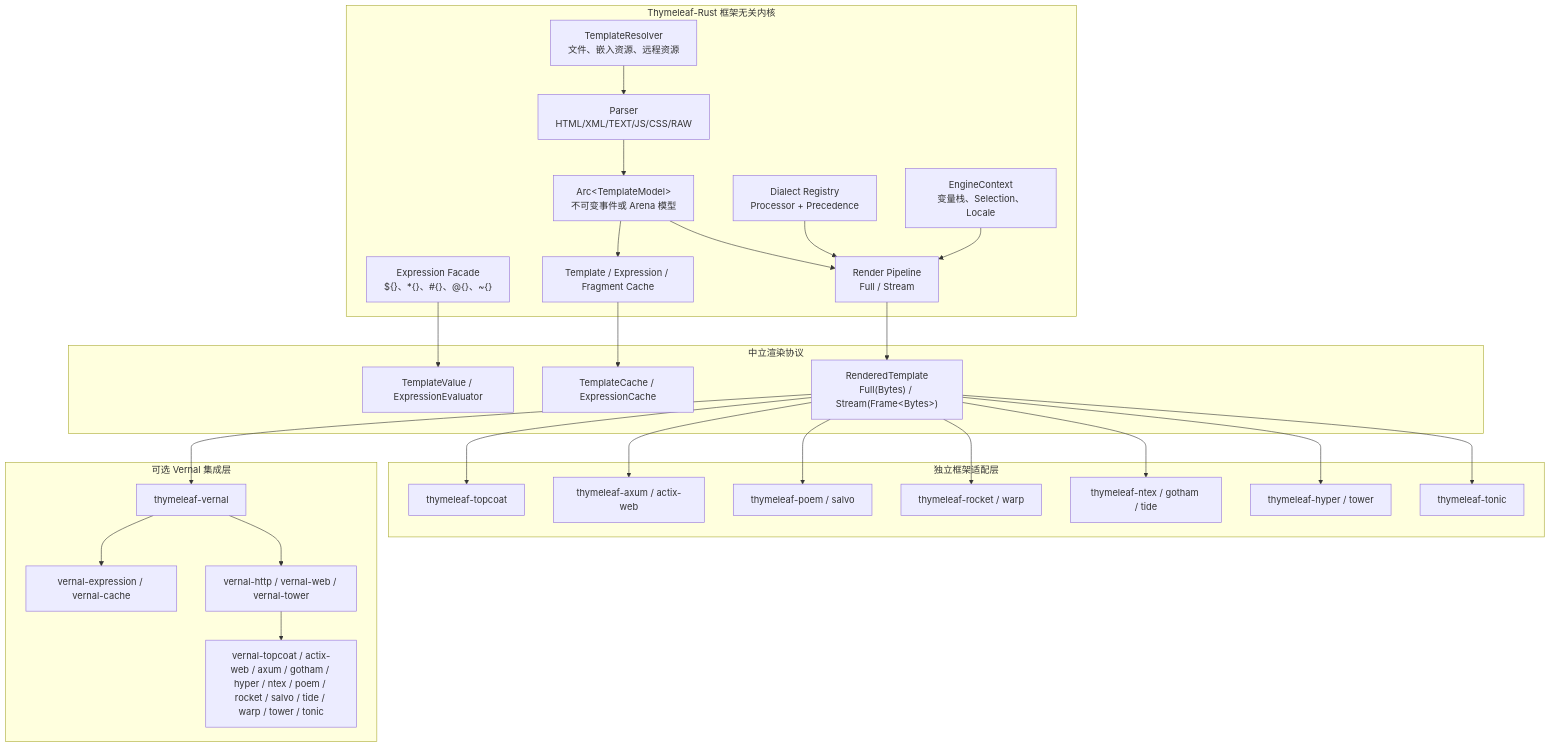
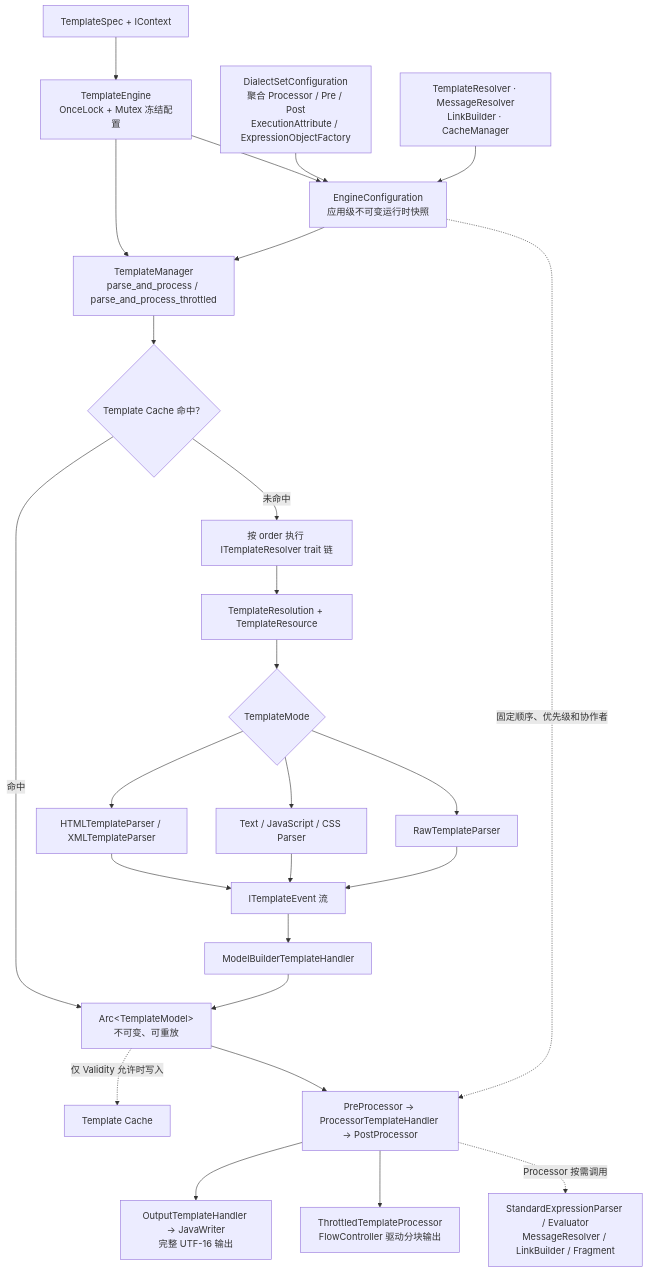
The third of 13 diagrams in docs/Thymeleaf-Rust-可行性与架构设计.md (easy-4-rust/thymeleaf-rust), drawn with Mermaid before and after one commit. The commit also changed other lines of this file and 270 other files, not shown here.

````diff
--- a/docs/Thymeleaf-Rust-可行性与架构设计.md
+++ b/docs/Thymeleaf-Rust-可行性与架构设计.md
@@ -227,57 +217,29 @@
 ```mermaid
 flowchart TB
-    subgraph Core["Thymeleaf-Rust 框架无关内核"]
-        RES["TemplateResolver<br/>文件、嵌入资源、远程资源"]
-        PARSER["Parser<br/>HTML/XML/TEXT/JS/CSS/RAW"]
-        MODEL["Arc&lt;TemplateModel&gt;<br/>不可变事件或 Arena 模型"]
-        DIALECT["Dialect Registry<br/>Processor + Precedence"]
-        EXPR["Expression Facade<br/>${}、*{}、#{}、@{}、~{}"]
-        CTX["EngineContext<br/>变量栈、Selection、Locale"]
-        PIPELINE["Render Pipeline<br/>Full / Stream"]
-        CACHE["Template / Expression / Fragment Cache"]
-    end
+    INPUT["TemplateSpec + IContext"] --> ENGINE["TemplateEngine<br/>OnceLock + Mutex 冻结配置"]
+    ENGINE --> CONFIG["EngineConfiguration<br/>应用级不可变运行时快照"]
+    DIALECT["DialectSetConfiguration<br/>聚合 Processor / Pre / Post<br/>ExecutionAttribute / ExpressionObjectFactory"] --> CONFIG
+    RESOLVERS["TemplateResolver · MessageResolver<br/>LinkBuilder · CacheManager"] --> CONFIG
+    ENGINE --> MANAGER["TemplateManager<br/>parse_and_process / parse_and_process_throttled"]
+    CONFIG --> MANAGER
+    MANAGER --> CACHE{"Template Cache 命中？"}
+    CACHE -->|命中| MODEL["Arc&lt;TemplateModel&gt;<br/>不可变、可重放"]
+    CACHE -->|未命中| RESOLVER["按 order 执行 ITemplateResolver trait 链"]
+    RESOLVER --> RESOURCE["TemplateResolution + TemplateResource"]
+    RESOURCE --> MODE{"TemplateMode"}
+    MODE --> MARKUP["HTMLTemplateParser / XMLTemplateParser"]
+    MODE --> TEXT["Text / JavaScript / CSS Parser"]
+    MODE --> RAW["RawTemplateParser"]
+    MARKUP --> EVENTS["ITemplateEvent 流"]
+    TEXT --> EVENTS
+    RAW --> EVENTS
+    EVENTS --> BUILDER["ModelBuilderTemplateHandler"]
+    BUILDER --> MODEL
+    MODEL -. "仅 Validity 允许时写入" .-> STORE["Template Cache"]
+    MODEL --> CHAIN["PreProcessor → ProcessorTemplateHandler → PostProcessor"]
+    CHAIN --> FULL["OutputTemplateHandler → JavaWriter<br/>完整 UTF-16 输出"]
+    CHAIN --> THROTTLED["ThrottledTemplateProcessor<br/>FlowController 驱动分块输出"]
 
-    subgraph Contract["中立渲染协议"]
-        VALUE["TemplateValue / ExpressionEvaluator"]
-        RCACHE["TemplateCache / ExpressionCache"]
-        BODY["RenderedTemplate<br/>Full(Bytes) / Stream(Frame&lt;Bytes&gt;)"]
-    end
-
-    subgraph Direct["独立框架适配层"]
-        TOP["thymeleaf-topcoat"]
-        AX["thymeleaf-axum / actix-web"]
-        PS["thymeleaf-poem / salvo"]
-        RW["thymeleaf-rocket / warp"]
-        NGT["thymeleaf-ntex / gotham / tide"]
-        HT["thymeleaf-hyper / tower"]
-        TONIC["thymeleaf-tonic"]
-    end
-
-    subgraph Vernal["可选 Vernal 集成层"]
-        BRIDGE["thymeleaf-vernal"]
-        VE["vernal-expression / vernal-cache"]
-        VH["vernal-http / vernal-web / vernal-tower"]
-        VADAPTERS["vernal-topcoat / actix-web / axum / gotham / hyper / ntex / poem / rocket / salvo / tide / warp / tower / tonic"]
-    end
-
-    RES --> PARSER
-    PARSER --> MODEL
-    MODEL --> PIPELINE
-    DIALECT --> PIPELINE
-    CTX --> PIPELINE
-    EXPR --> VALUE
-    CACHE --> RCACHE
-    MODEL --> CACHE
-    PIPELINE --> BODY
-    BODY --> TOP
-    BODY --> AX
-    BODY --> PS
-    BODY --> RW
-    BODY --> NGT
-    BODY --> HT
-    BODY --> TONIC
-    BODY --> BRIDGE
-    BRIDGE --> VE
-    BRIDGE --> VH
-    VH --> VADAPTERS
+    CONFIG -. "固定顺序、优先级和协作者" .-> CHAIN
+    CHAIN -. "Processor 按需调用" .-> COLLAB["StandardExpressionParser / Evaluator<br/>MessageResolver / LinkBuilder / Fragment"]
 ```
````
